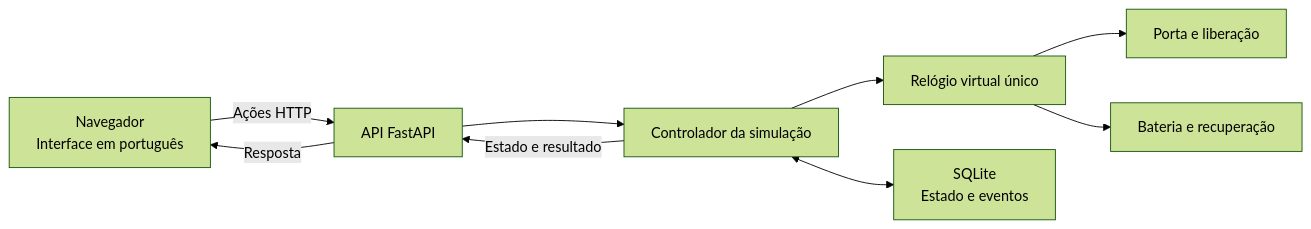
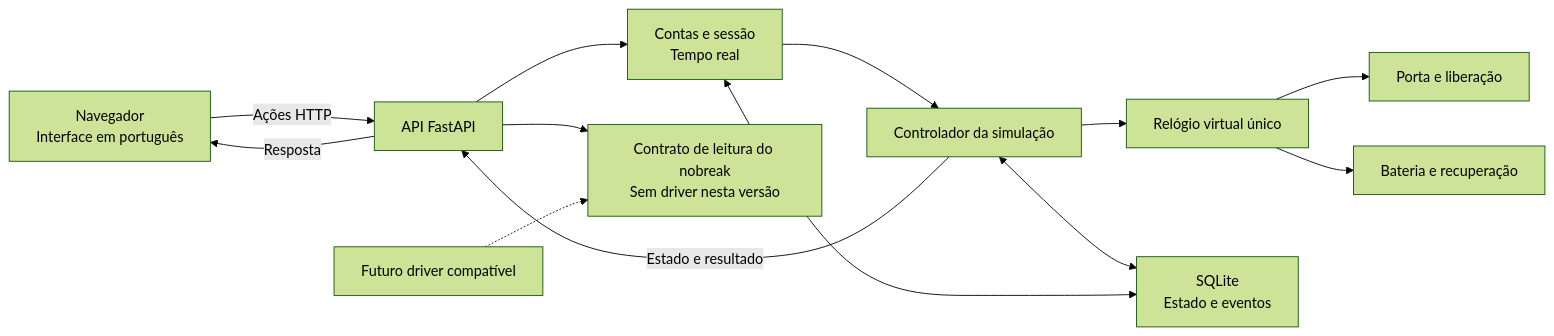
The diagram in docs/architecture.md (gustavonm20/EverLock), drawn with Mermaid (forest theme) before and after one commit. The commit also changed other lines of this file, not shown here.

Commit message:
Separa contas, simulação e leituras de energia real

````diff
--- a/docs/architecture.md
+++ b/docs/architecture.md
@@ -5,11 +5,15 @@
 ```mermaid
 flowchart LR
     Browser["Navegador\nInterface em português"] -->|"Ações HTTP"| API["API FastAPI"]
-    API --> Controller["Controlador da simulação"]
+    API --> Auth["Contas e sessão\nTempo real"]
+    Auth --> Controller["Controlador da simulação"]
     Controller --> Clock["Relógio virtual único"]
     Clock --> Door["Porta e liberação"]
     Clock --> Power["Bateria e recuperação"]
     Controller <--> Store["SQLite\nEstado e eventos"]
+    Auth <--> Store
+    API --> UPS["Contrato de leitura do nobreak\nSem driver nesta versão"]
+    Future["Futuro driver compatível"] -.-> UPS
     Controller -->|"Estado e resultado"| API
     API -->|"Resposta"| Browser
 ```
````
